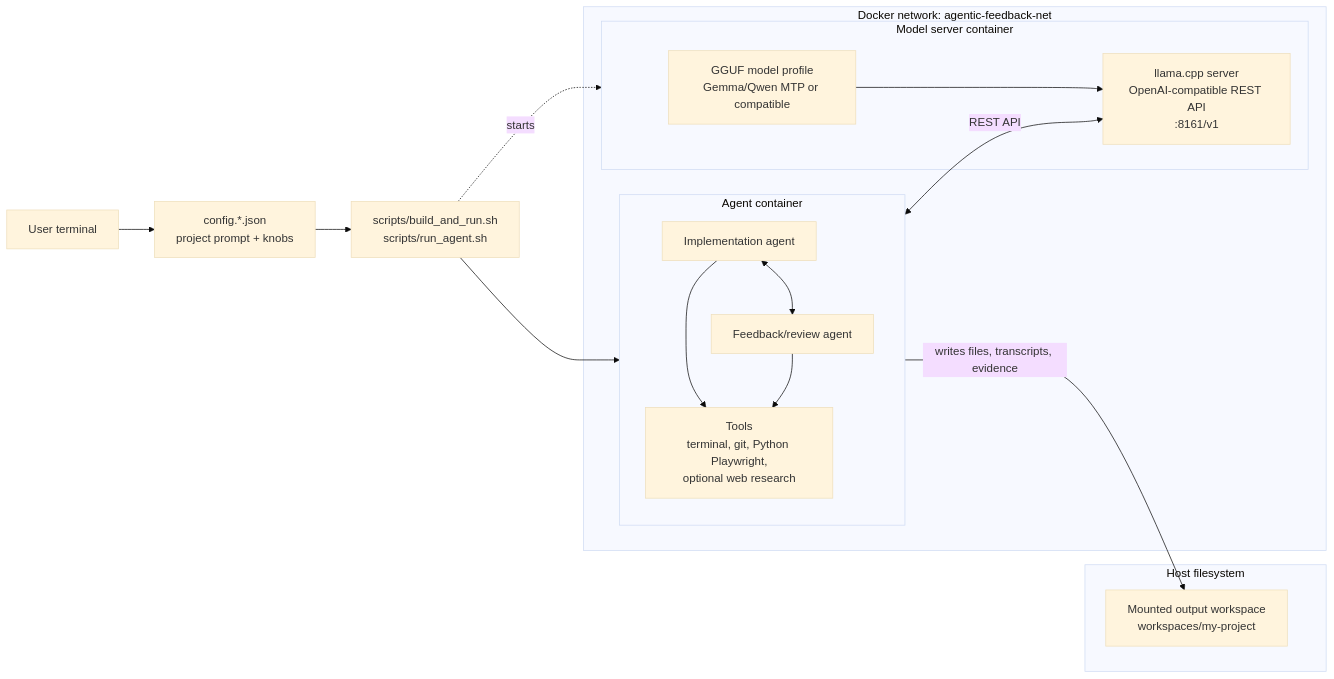
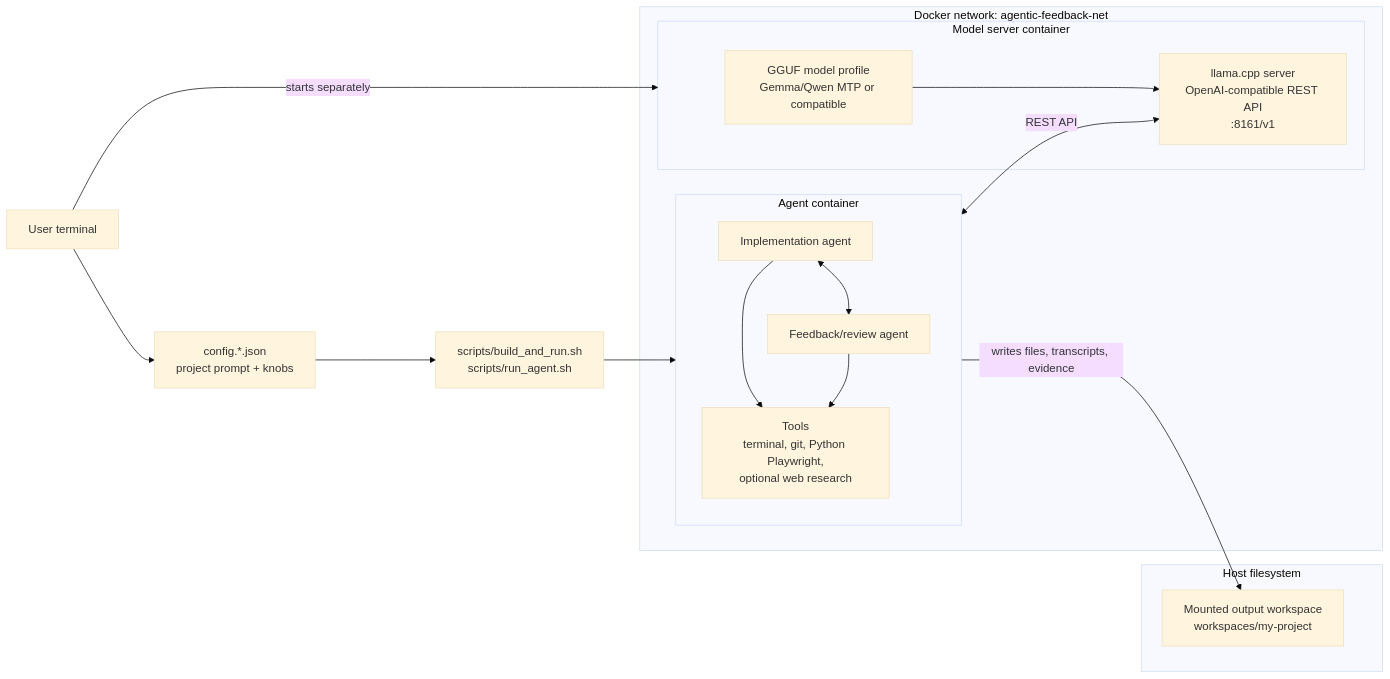
Before and after one commit to krzyszsz/agenticFeedbackCoding: the diagram in README.md, drawn with Mermaid (base theme). The commit also changed other lines of this file and 38 other files, not shown here.

````diff
--- a/README.md
+++ b/README.md
@@ -22,34 +23,34 @@
 ```mermaid
 flowchart LR
     User["User terminal"]
     Config["config.*.json<br/>project prompt + knobs"]
     CLI["scripts/build_and_run.sh<br/>scripts/run_agent.sh"]
 
     subgraph Host["Host filesystem"]
         Workspace["Mounted output workspace<br/>workspaces/my-project"]
     end
 
     subgraph Net["Docker network: agentic-feedback-net"]
         subgraph ModelContainer["Model server container"]
             Model["GGUF model profile<br/>Gemma/Qwen MTP or compatible"]
             API["llama.cpp server<br/>OpenAI-compatible REST API<br/>:8161/v1"]
             Model --> API
         end
 
         subgraph AgentContainer["Agent container"]
             Impl["Implementation agent"]
             Review["Feedback/review agent"]
             Tools["Tools<br/>terminal, git, Python Playwright,<br/>optional web research"]
             Impl <--> Review
             Impl --> Tools
             Review --> Tools
         end
     end
 
     User --> Config
     Config --> CLI
     CLI --> AgentContainer
-    CLI -. starts .-> ModelContainer
+    User -->|starts separately| ModelContainer
     AgentContainer <-->|REST API| API
     AgentContainer -->|writes files, transcripts, evidence| Workspace
 ```
````
